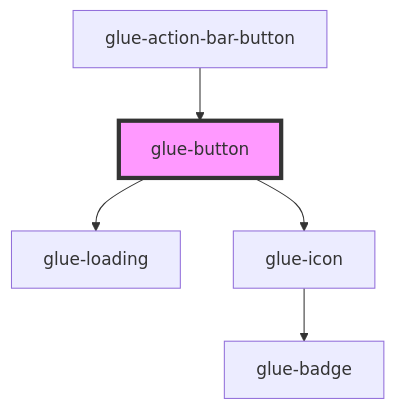
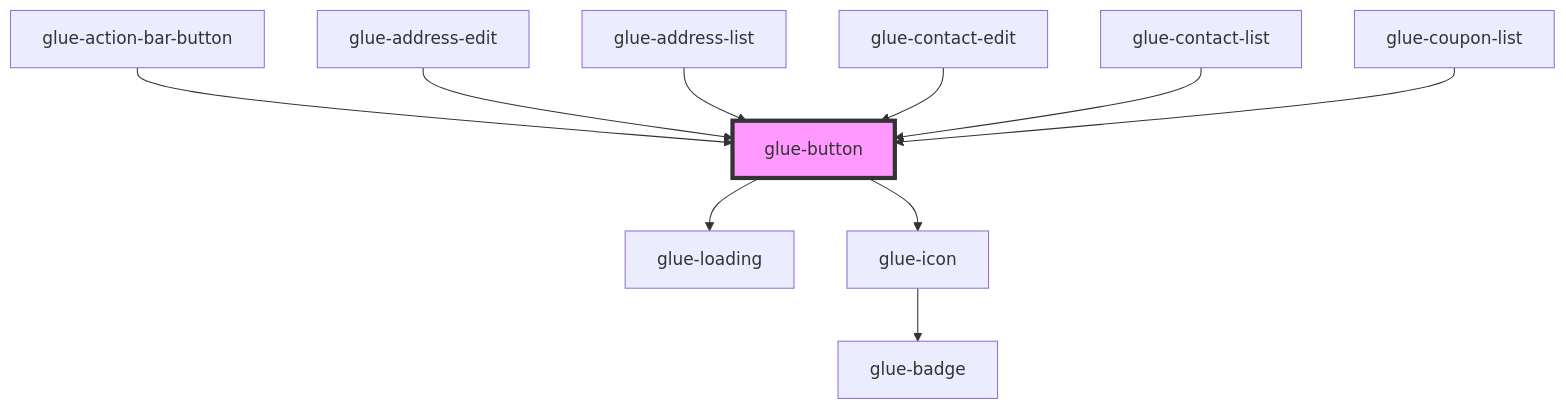
One commit to grasilife/glue changed the diagram in packages/glue-components/src/components/glue-button/readme.md. Above: the diagram before and after it, drawn with Mermaid. The commit also changed other lines of this file and 71 other files, not shown here.

````diff
--- a/packages/glue-components/src/components/glue-button/readme.md
+++ b/packages/glue-components/src/components/glue-button/readme.md
@@ -52,8 +57,13 @@
 ```mermaid
 graph TD;
   glue-button --> glue-loading
   glue-button --> glue-icon
   glue-icon --> glue-badge
   glue-action-bar-button --> glue-button
+  glue-address-edit --> glue-button
+  glue-address-list --> glue-button
+  glue-contact-edit --> glue-button
+  glue-contact-list --> glue-button
+  glue-coupon-list --> glue-button
   style glue-button fill:#f9f,stroke:#333,stroke-width:4px
 ```
````
